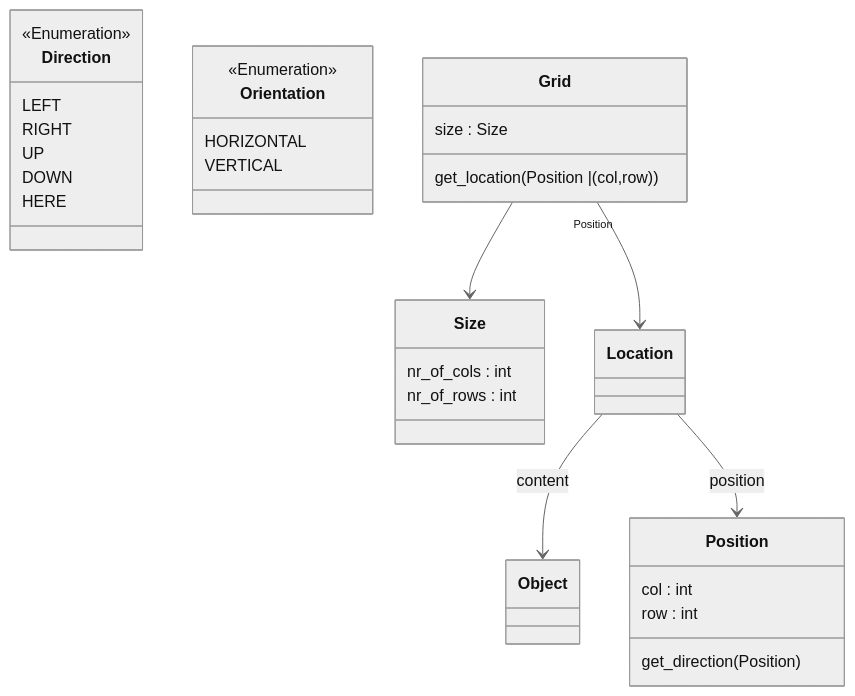
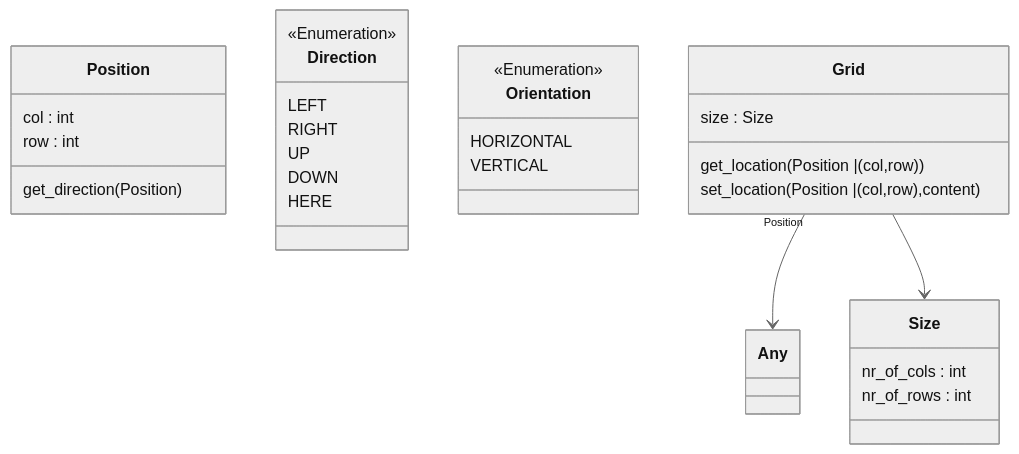
Before and after one commit to fvbakel/brilliant: the second of 5 diagrams in hello_maze/readme.md, drawn with Mermaid (neutral theme). The commit also changed other lines of this file and 3 other files, not shown here.

Commit message:
Refactor remove seperate location object

````diff
--- a/hello_maze/readme.md
+++ b/hello_maze/readme.md
@@ -18,47 +18,39 @@
 ```mermaid
   classDiagram
 
     class Position {
         col : int
         row : int
         get_direction(Position)
     }
     class Size {
         nr_of_cols : int
         nr_of_rows : int
     }
 
     class Direction {
         <<Enumeration>>
         LEFT
         RIGHT
         UP
         DOWN
         HERE
     }
 
     class Orientation {
         <<Enumeration>>
         HORIZONTAL
         VERTICAL
     }
 
-    class Location {
-        
-    }
-    class Object {
-        
-    }
-    Location --> Object : content
-    Location --> Position : position
-    
-    Grid "Position" -->  Location
+    Grid "Position" -->  Any
     Grid --> Size
 
     class Grid {
         size : Size
         get_location(Position | (col,row))
+        set_location(Position | (col,row),content)
     }
 
 
 ```
````
